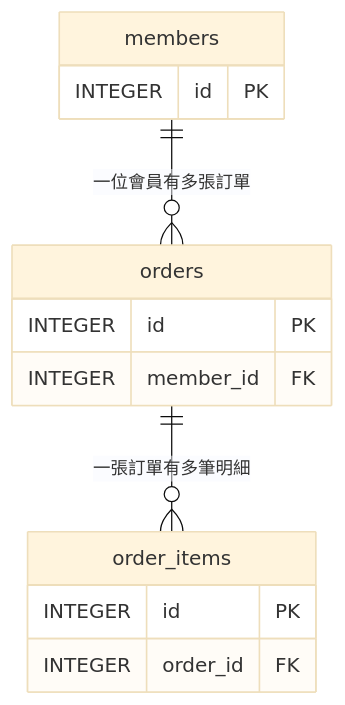
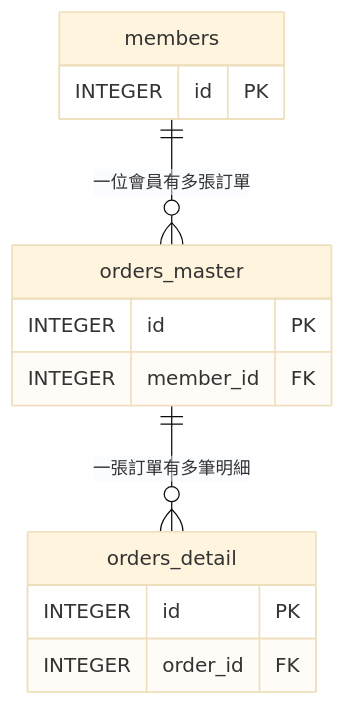
Before and after one commit to WengRuiHao/mcp-tools: the diagram in dev-pipeline-mcp/docs/sasd-standard/系統ER圖-範本.md, drawn with Mermaid (base theme). The commit also changed 34 other files, not shown here.

Commit message:
docs(dev-pipeline): 範本表名改 _master/_detail 並重畫 ER 圖、SA 截圖改用原生日期欄位重截（問題 49/60）

````diff
--- a/dev-pipeline-mcp/docs/sasd-standard/系統ER圖-範本.md
+++ b/dev-pipeline-mcp/docs/sasd-standard/系統ER圖-範本.md
@@ -13,16 +13,16 @@
 ```mermaid
 erDiagram
-    members ||--o{ orders : "一位會員有多張訂單"
-    orders ||--o{ order_items : "一張訂單有多筆明細"
+    members ||--o{ orders_master : "一位會員有多張訂單"
+    orders_master ||--o{ orders_detail : "一張訂單有多筆明細"
     members {
         INTEGER id PK
     }
-    orders {
+    orders_master {
         INTEGER id PK
         INTEGER member_id FK
     }
-    order_items {
+    orders_detail {
         INTEGER id PK
         INTEGER order_id FK
     }
 ```
````
